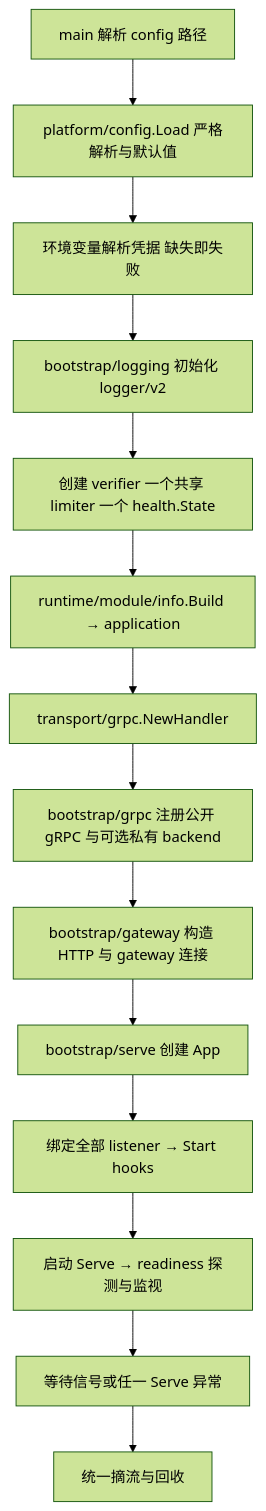
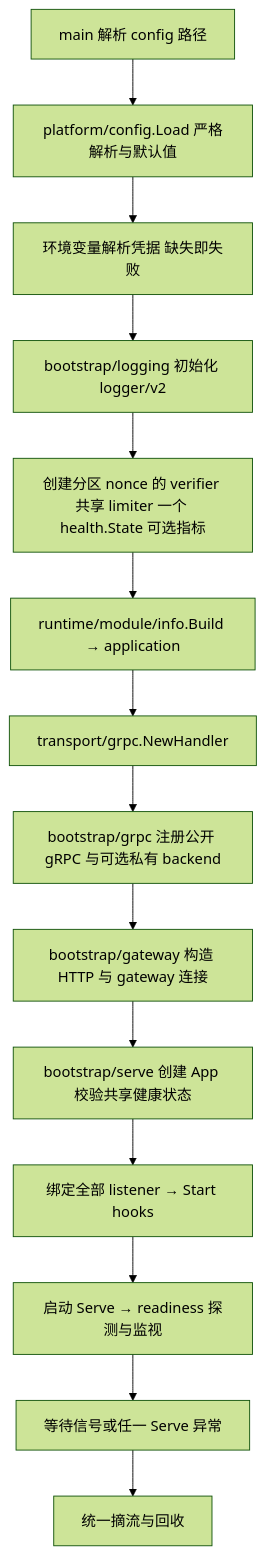
One commit to gtkit/gsrv changed the second of 6 diagrams in GSRV_DESIGN.md. Above: the diagram before and after it, drawn with Mermaid (forest theme). The commit also changed other lines of this file and 47 other files, not shown here.

````diff
--- a/GSRV_DESIGN.md
+++ b/GSRV_DESIGN.md
@@ -99,16 +99,16 @@
 ```mermaid
 flowchart TD
   A[main 解析 config 路径] --> B[platform/config.Load 严格解析与默认值]
   B --> C[环境变量解析凭据 缺失即失败]
   C --> D[bootstrap/logging 初始化 logger/v2]
-  D --> E[创建 verifier 一个共享 limiter 一个 health.State]
+  D --> E[创建分区 nonce 的 verifier 共享 limiter 一个 health.State 可选指标]
   E --> F[runtime/module/info.Build → application]
   F --> G[transport/grpc.NewHandler]
   G --> H[bootstrap/grpc 注册公开 gRPC 与可选私有 backend]
   H --> I[bootstrap/gateway 构造 HTTP 与 gateway 连接]
-  I --> J[bootstrap/serve 创建 App]
+  I --> J[bootstrap/serve 创建 App 校验共享健康状态]
   J --> K[绑定全部 listener → Start hooks]
   K --> L[启动 Serve → readiness 探测与监视]
   L --> M[等待信号或任一 Serve 异常]
   M --> N[统一摘流与回收]
 ```
````
